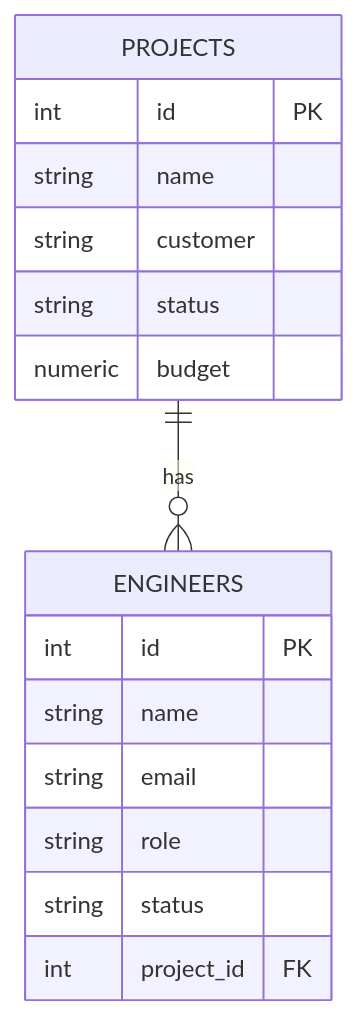
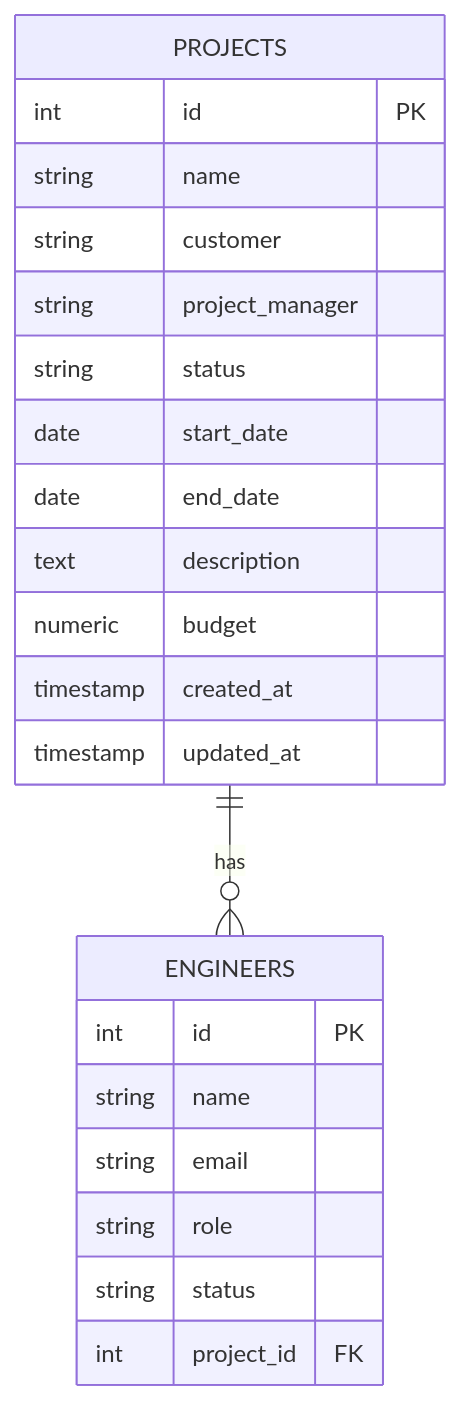
Before and after one commit to erarun88/stratos-ai: the first of 2 diagrams in docs/03_Database.md, drawn with Mermaid. The commit also changed other lines of this file and 47 other files, not shown here.

````diff
--- a/docs/03_Database.md
+++ b/docs/03_Database.md
@@ -52,21 +52,27 @@
 ```mermaid
 erDiagram
     PROJECTS ||--o{ ENGINEERS : "has"
     
     PROJECTS {
         int id PK
         string name
         string customer
+        string project_manager
         string status
+        date start_date
+        date end_date
+        text description
         numeric budget
+        timestamp created_at
+        timestamp updated_at
     }
     
     ENGINEERS {
         int id PK
         string name
         string email
         string role
         string status
         int project_id FK
     }
 ```
````
